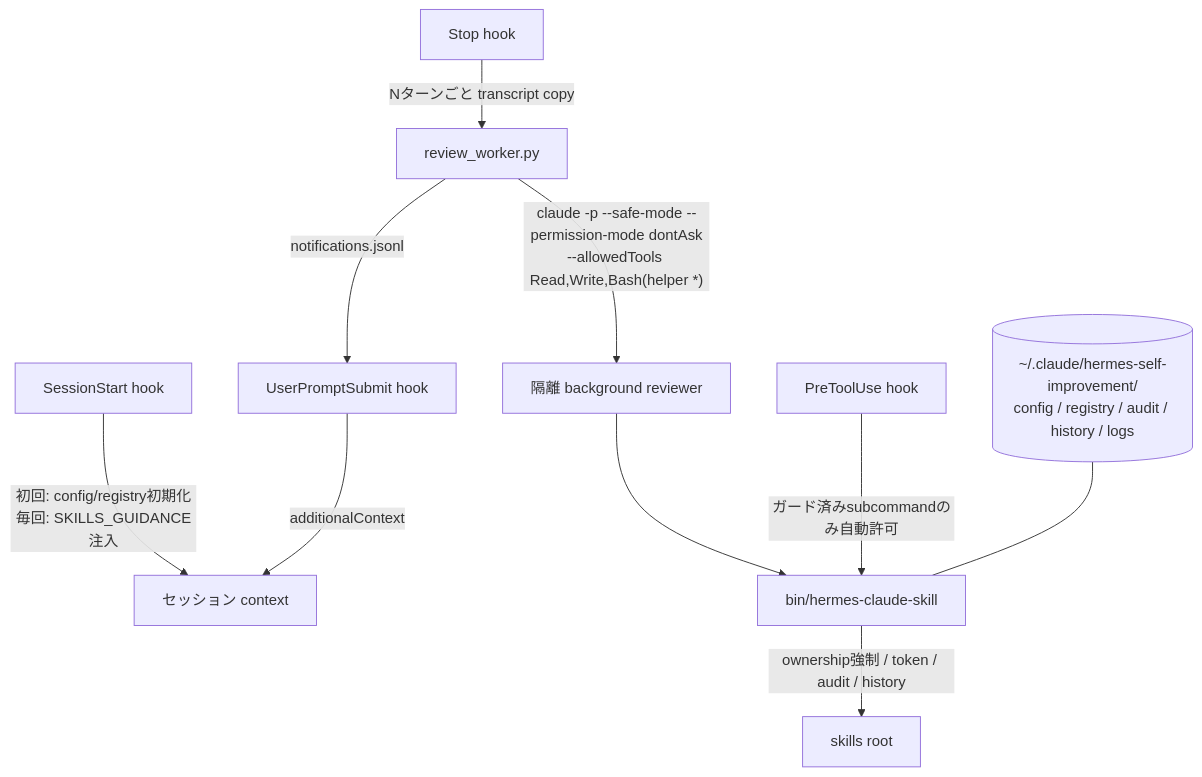
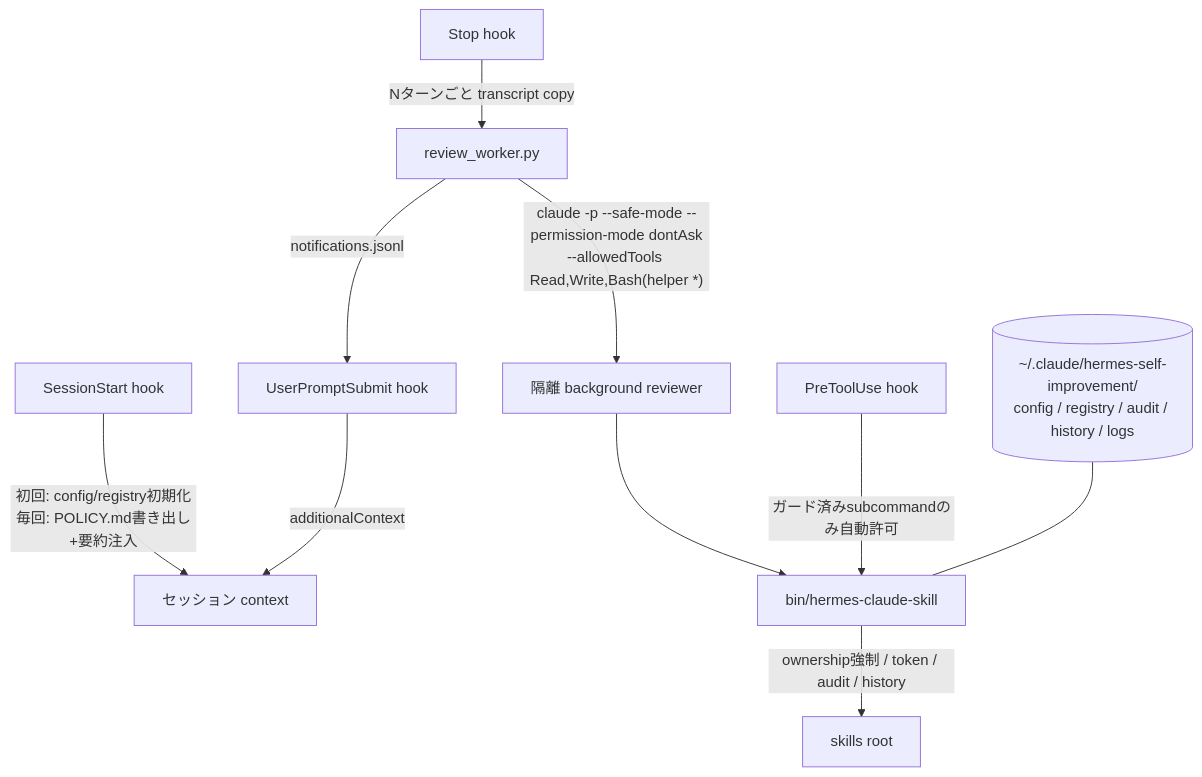
Before and after one commit to lilpacy/hermes-self-improvement-claude-plugin: the first of 5 diagrams in README.ja.md, drawn with Mermaid. The commit also changed other lines of this file and 3 other files, not shown here.

Commit message:
Shrink SessionStart injection to a short summary with full policy in POLICY.md

````diff
--- a/README.ja.md
+++ b/README.ja.md
@@ -18,12 +18,12 @@
 ```mermaid
 flowchart TD
-  SS[SessionStart hook] -- "初回: config/registry初期化\n毎回: SKILLS_GUIDANCE注入" --> CTX[セッション context]
+  SS[SessionStart hook] -- "初回: config/registry初期化\n毎回: POLICY.md書き出し+要約注入" --> CTX[セッション context]
   ST[Stop hook] -- "Nターンごと transcript copy" --> RW[review_worker.py]
   RW -- "claude -p --safe-mode --permission-mode dontAsk\n--allowedTools Read,Write,Bash(helper *)" --> BG[隔離 background reviewer]
   BG --> HL[bin/hermes-claude-skill]
   HL -- "ownership強制 / token / audit / history" --> SK[skills root]
   RW -- notifications.jsonl --> UP[UserPromptSubmit hook]
   UP -- additionalContext --> CTX
   PT[PreToolUse hook] -- "ガード済みsubcommandのみ自動許可" --> HL
   DATA[(~/.claude/hermes-self-improvement/\nconfig / registry / audit / history / logs)] --- HL
 ```
````
